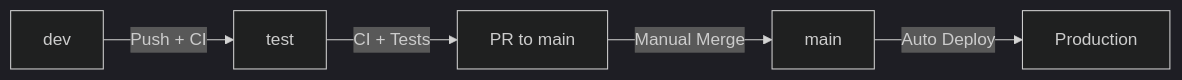
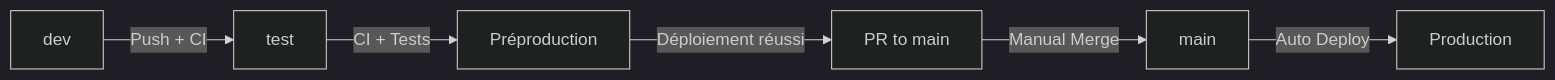
One commit to DenZaiyy/hardwarehouse-sf changed the diagram in DEPLOYMENT.md. Above: the diagram before and after it, drawn with Mermaid (dark theme). The commit also changed other lines of this file and 1 other file, not shown here.

````diff
--- a/DEPLOYMENT.md
+++ b/DEPLOYMENT.md
@@ -9,7 +9,8 @@
 ```mermaid
 graph LR
     A[dev] -->|Push + CI| B[test]
-    B -->|CI + Tests| C[PR to main]
+    B -->|CI + Tests| P[Préproduction]
+    P -->|Déploiement réussi| C[PR to main]
     C -->|Manual Merge| D[main]
     D -->|Auto Deploy| E[Production]
 ```
````
